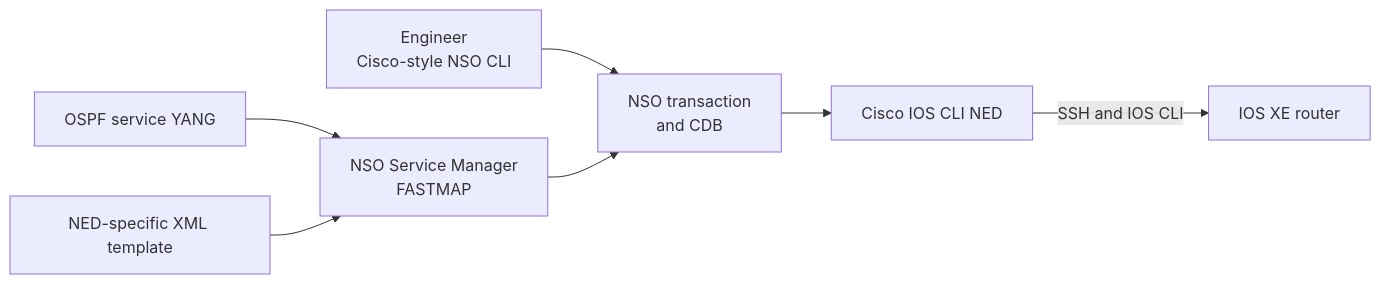
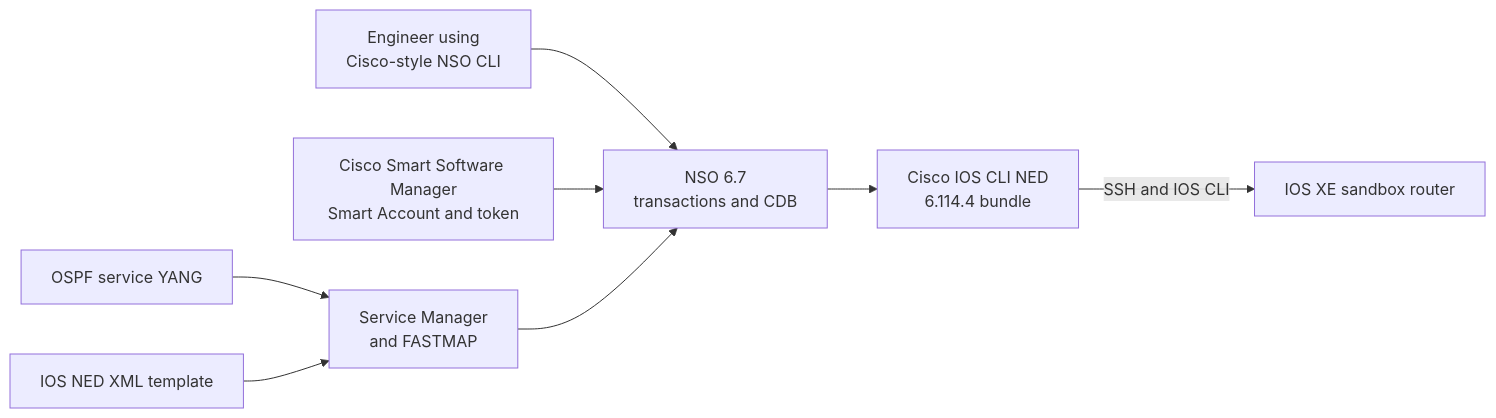
One commit to tanthanh85/CCNPAUTO changed the diagram in LAB/Lab13/Lab13.md. Above: the diagram before and after it, drawn with Mermaid. The commit also changed other lines of this file and 1 other file, not shown here.

````diff
--- a/LAB/Lab13/Lab13.md
+++ b/LAB/Lab13/Lab13.md
@@ -24,9 +26,10 @@
 ```mermaid
 flowchart LR
-    Operator["Engineer<br/>Cisco-style NSO CLI"] --> CDB["NSO transaction<br/>and CDB"]
-    YANG["OSPF service YANG"] --> Service["NSO Service Manager<br/>FASTMAP"]
-    Template["NED-specific XML template"] --> Service
-    Service --> CDB
-    CDB --> NED["Cisco IOS CLI NED"]
-    NED -->|"SSH and IOS CLI"| XE["IOS XE router"]
+    Operator["Engineer using<br/>Cisco-style NSO CLI"] --> NSO["NSO 6.7<br/>transactions and CDB"]
+    CSSM["Cisco Smart Software Manager<br/>Smart Account and token"] --> NSO
+    YANG["OSPF service YANG"] --> Service["Service Manager<br/>and FASTMAP"]
+    Template["IOS NED XML template"] --> Service
+    Service --> NSO
+    NSO --> NED["Cisco IOS CLI NED<br/>6.114.4 bundle"]
+    NED -->|"SSH and IOS CLI"| Router["IOS XE sandbox router"]
 ```
````
